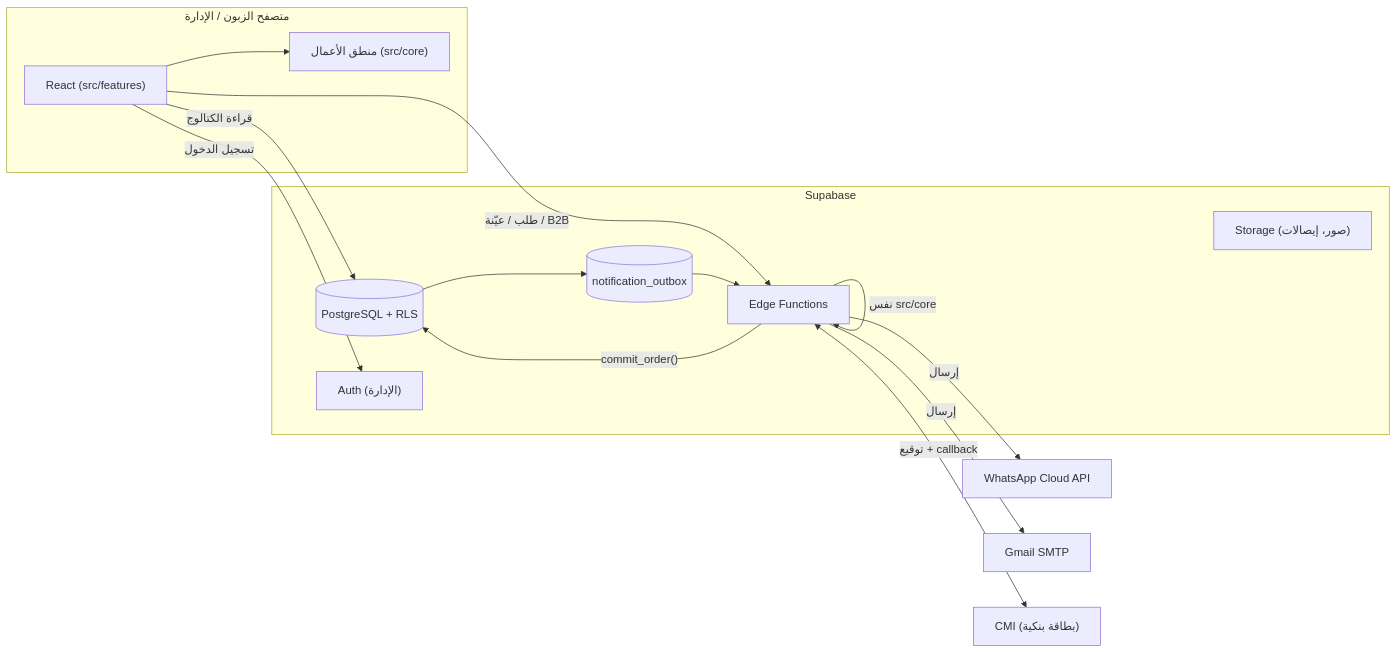
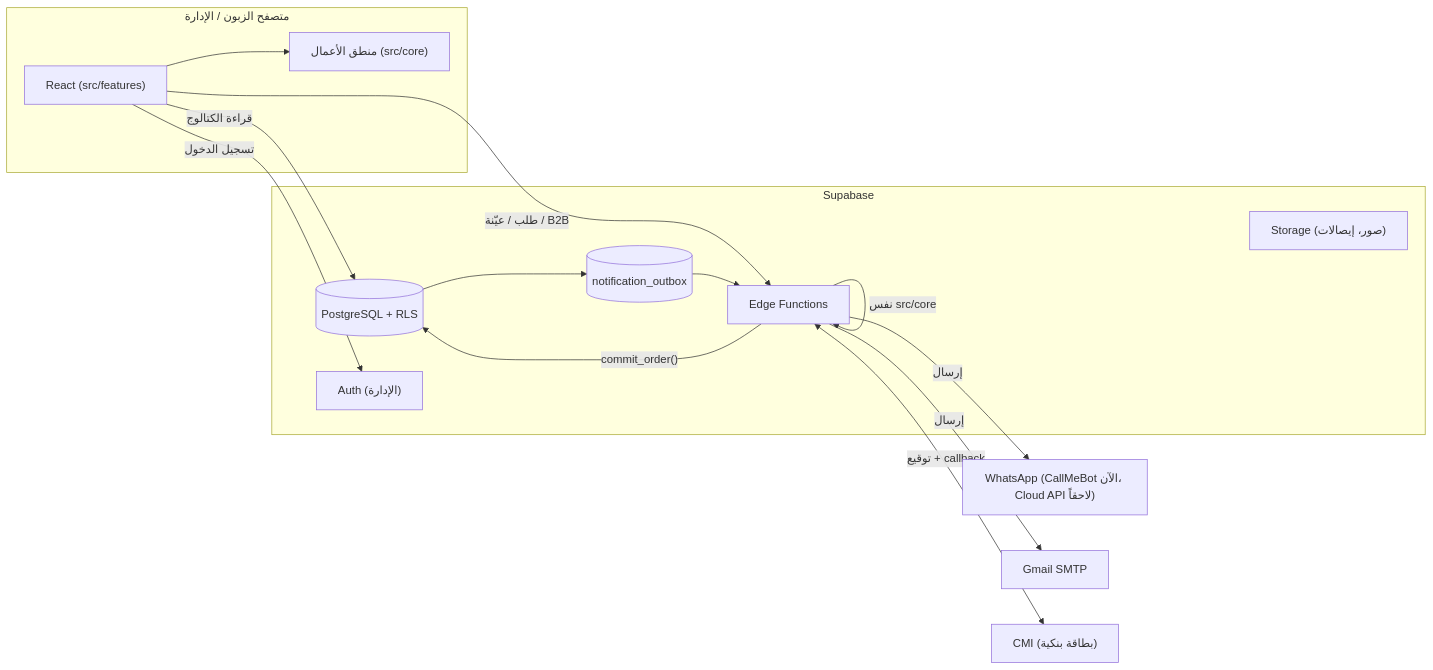
Before and after one commit to mohammedboghaleb9-boop/boga-cafe: the first of 2 diagrams in docs/03-architecture.md, drawn with Mermaid. The commit also changed other lines of this file and 43 other files, not shown here.

````diff
--- a/docs/03-architecture.md
+++ b/docs/03-architecture.md
@@ -26,27 +26,27 @@
 ```mermaid
 flowchart LR
   subgraph Browser["متصفح الزبون / الإدارة"]
     UI["React (src/features)"]
     CORE["منطق الأعمال (src/core)"]
     UI --> CORE
   end
 
   subgraph Supabase
     DB[("PostgreSQL + RLS")]
     AUTH["Auth (الإدارة)"]
     ST["Storage (صور، إيصالات)"]
     EF["Edge Functions"]
     OUT[("notification_outbox")]
   end
 
   UI -- "قراءة الكتالوج" --> DB
   UI -- "تسجيل الدخول" --> AUTH
   UI -- "طلب / عيّنة / B2B" --> EF
   EF -- "نفس src/core" --> EF
   EF -- "commit_order()" --> DB
   DB --> OUT
-  EF -- "إرسال" --> WA["WhatsApp Cloud API"]
+  EF -- "إرسال" --> WA["WhatsApp (CallMeBot الآن، Cloud API لاحقاً)"]
   EF -- "إرسال" --> GM["Gmail SMTP"]
   EF <-- "توقيع + callback" --> CMI["CMI (بطاقة بنكية)"]
   OUT --> EF
 ```
````
